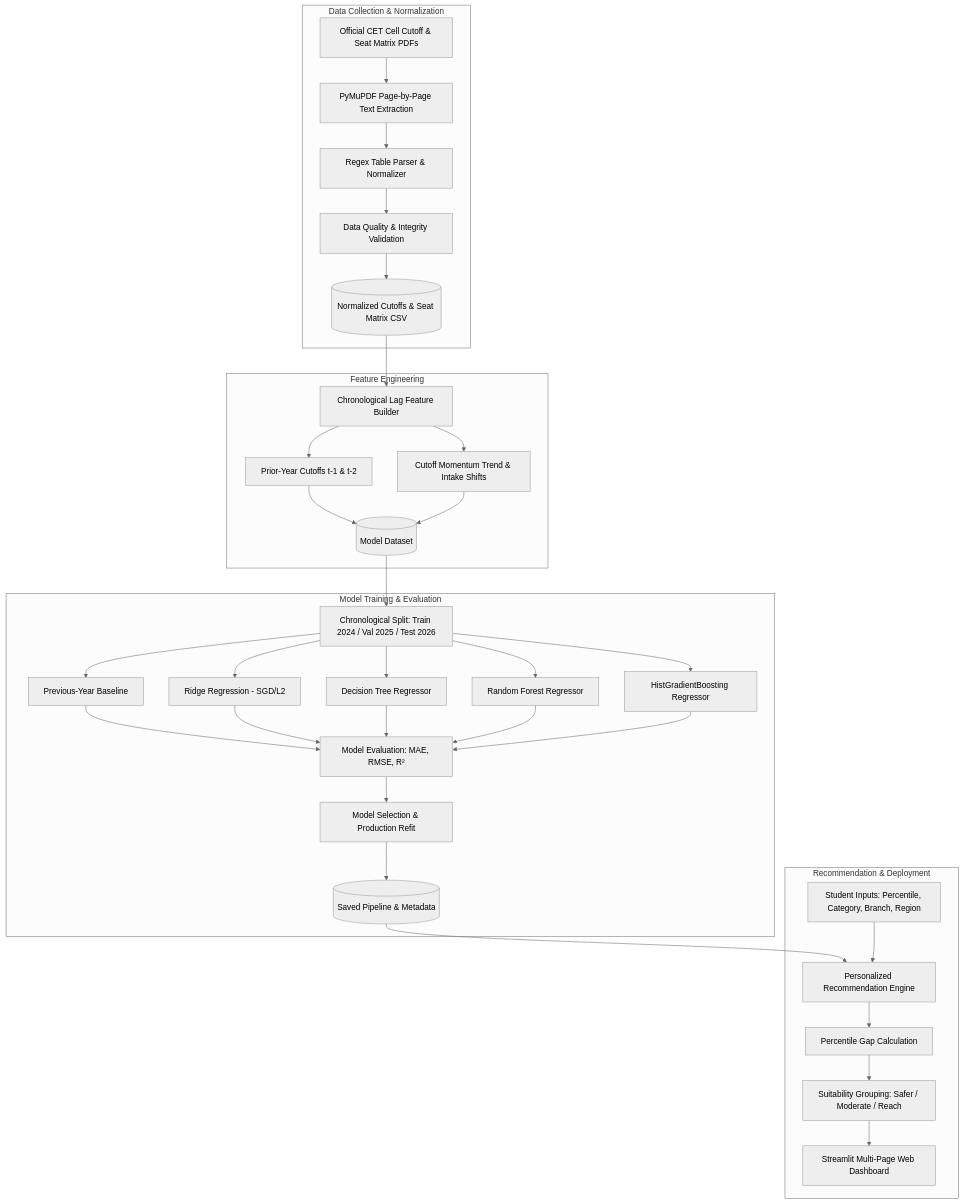
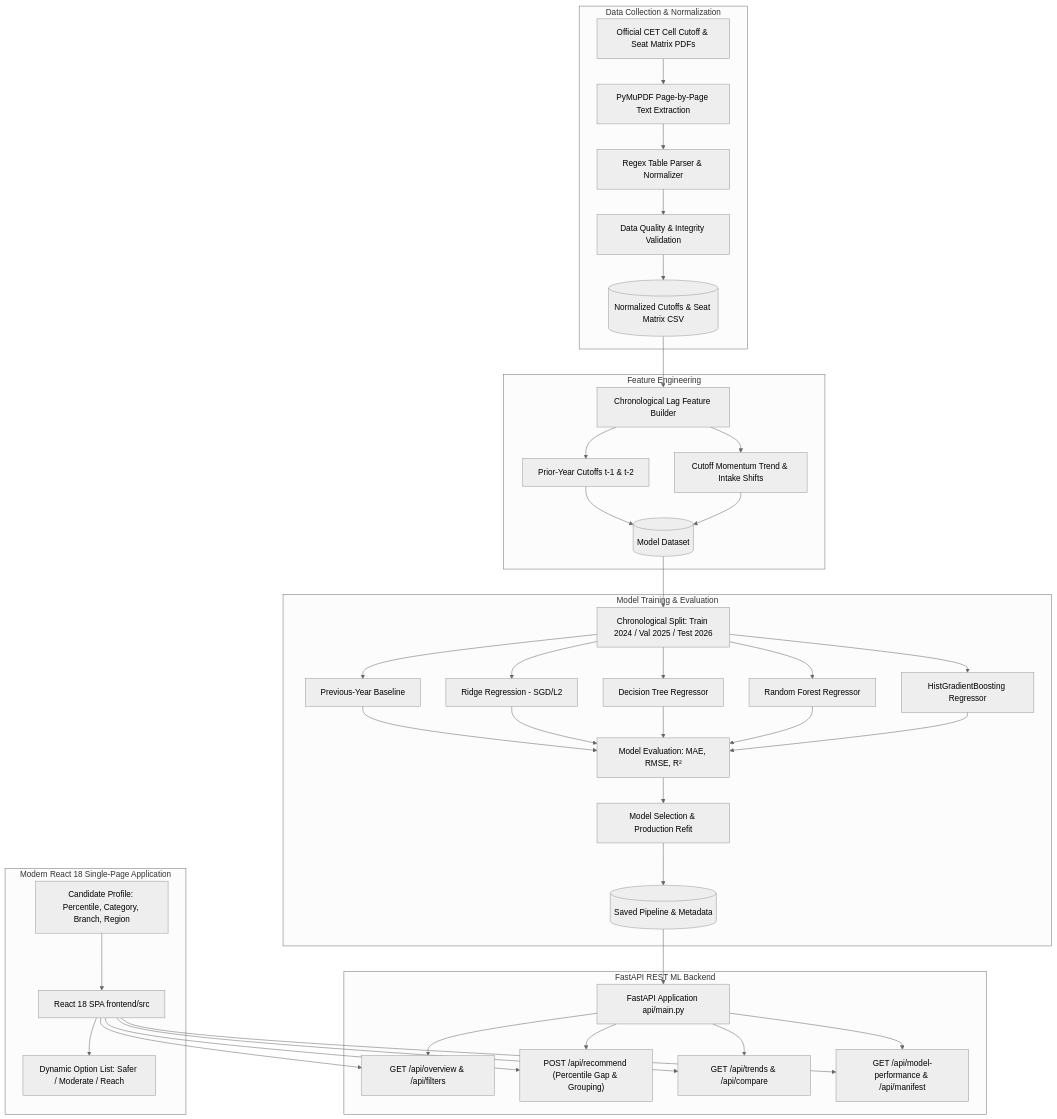
Before and after one commit to shindesiddhant-415/MHTCET-College-Admission-Predictor: the diagram in docs/architecture.md, drawn with Mermaid (neutral theme). The commit also changed other lines of this file and 57 other files, not shown here.

Commit message:
feat: migrate frontend to React 18 SPA with FastAPI REST backend and complete documentation

````diff
--- a/docs/architecture.md
+++ b/docs/architecture.md
@@ -9,37 +9,46 @@
 ```mermaid
 flowchart TD
     subgraph Data_Pipeline [Data Collection & Normalization]
         A[Official CET Cell Cutoff & Seat Matrix PDFs] --> B[PyMuPDF Page-by-Page Text Extraction]
         B --> C[Regex Table Parser & Normalizer]
         C --> D[Data Quality & Integrity Validation]
         D --> E[(Normalized Cutoffs & Seat Matrix CSV)]
     end
 
     subgraph Feature_Store [Feature Engineering]
         E --> F[Chronological Lag Feature Builder]
         F --> G[Prior-Year Cutoffs t-1 & t-2]
         F --> H[Cutoff Momentum Trend & Intake Shifts]
         G --> I[(Model Dataset)]
         H --> I
     end
 
     subgraph ML_Benchmarking [Model Training & Evaluation]
         I --> J[Chronological Split: Train 2024 / Val 2025 / Test 2026]
         J --> K1[Previous-Year Baseline]
         J --> K2[Ridge Regression - SGD/L2]
         J --> K3[Decision Tree Regressor]
         J --> K4[Random Forest Regressor]
         J --> K5[HistGradientBoosting Regressor]
         K1 & K2 & K3 & K4 & K5 --> L[Model Evaluation: MAE, RMSE, R²]
         L --> M[Model Selection & Production Refit]
         M --> N[(Saved Pipeline & Metadata)]
     end
 
-    subgraph Decision_Engine [Recommendation & Deployment]
-        N --> O[Personalized Recommendation Engine]
-        P[Student Inputs: Percentile, Category, Branch, Region] --> O
-        O --> Q[Percentile Gap Calculation]
-        Q --> R[Suitability Grouping: Safer / Moderate / Reach]
-        R --> S[Streamlit Multi-Page Web Dashboard]
+    subgraph Backend_Services [FastAPI REST ML Backend]
+        N --> API[FastAPI Application api/main.py]
+        API --> EP1["GET /api/overview & /api/filters"]
+        API --> EP2["POST /api/recommend (Percentile Gap & Grouping)"]
+        API --> EP3["GET /api/trends & /api/compare"]
+        API --> EP4["GET /api/model-performance & /api/manifest"]
+    end
+
+    subgraph Frontend_App [Modern React 18 Single-Page Application]
+        UI[React 18 SPA frontend/src] --> EP1
+        UI --> EP2
+        UI --> EP3
+        UI --> EP4
+        P[Candidate Profile: Percentile, Category, Branch, Region] --> UI
+        UI --> RES[Dynamic Option List: Safer / Moderate / Reach]
     end
 ```
````
